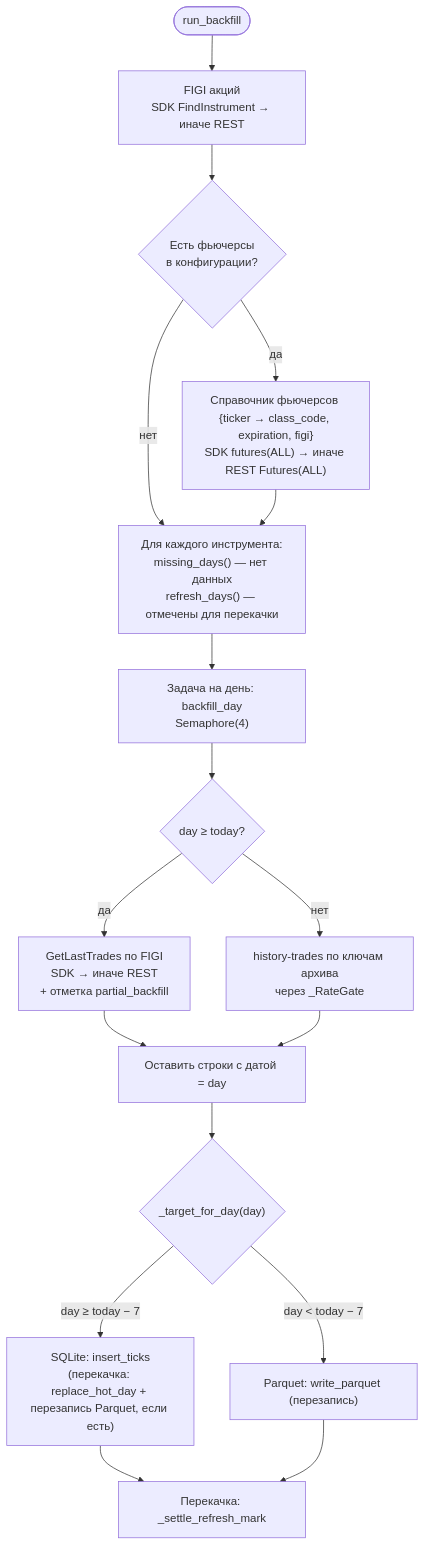
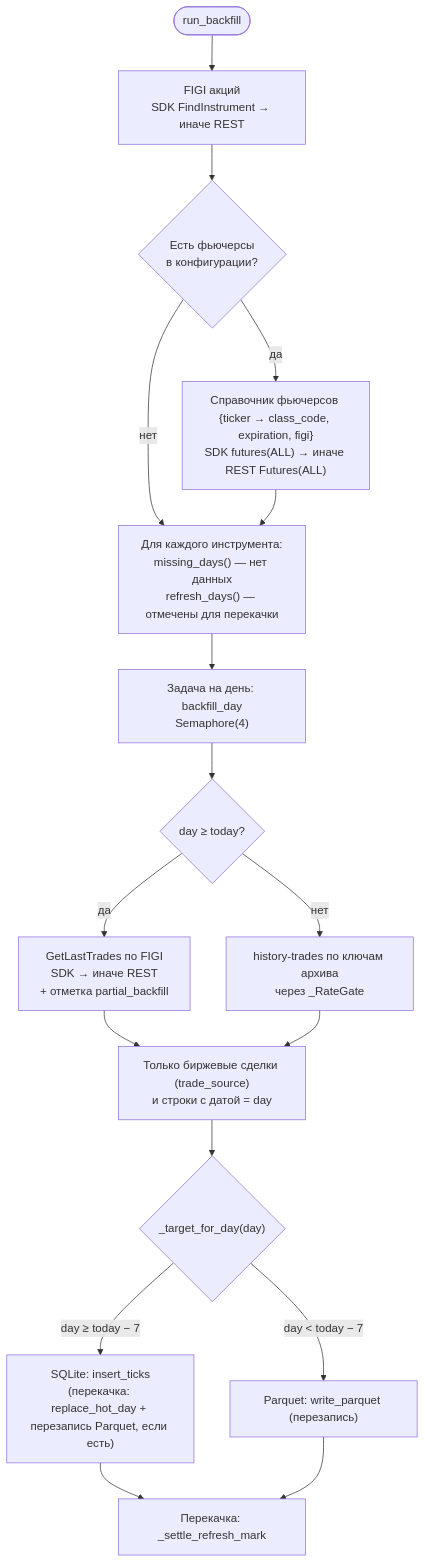
The first of 2 diagrams in docs/06-history-backfill.md (vladilenao/ClusterSource), drawn with Mermaid before and after one commit. The commit also changed other lines of this file and 17 other files, not shown here.

First line of the commit message:
SPEC-0002: в хранилище только биржевые сделки

````diff
--- a/docs/06-history-backfill.md
+++ b/docs/06-history-backfill.md
@@ -11,19 +13,19 @@
 ```mermaid
 flowchart TD
     A([run_backfill]) --> R["FIGI акций<br/>SDK FindInstrument → иначе REST"]
     R --> FU{"Есть фьючерсы<br/>в конфигурации?"}
     FU -->|да| FL["Справочник фьючерсов {ticker → class_code, expiration, figi}<br/>SDK futures(ALL) → иначе REST Futures(ALL)"]
     FU -->|нет| MD
     FL --> MD["Для каждого инструмента:<br/>missing_days() — нет данных<br/>refresh_days() — отмечены для перекачки"]
     MD --> T["Задача на день: backfill_day<br/>Semaphore(4)"]
     T --> D{"day ≥ today?"}
     D -->|да| LT["GetLastTrades по FIGI<br/>SDK → иначе REST<br/>+ отметка partial_backfill"]
     D -->|нет| HT["history-trades по ключам архива<br/>через _RateGate"]
-    LT --> F["Оставить строки с датой = day"]
+    LT --> F["Только биржевые сделки (trade_source)<br/>и строки с датой = day"]
     HT --> F
     F --> P{"_target_for_day(day)"}
     P -->|"day ≥ today − 7"| SQ["SQLite: insert_ticks<br/>(перекачка: replace_hot_day + перезапись Parquet, если есть)"]
     P -->|"day < today − 7"| PQ["Parquet: write_parquet (перезапись)"]
     SQ --> ST["Перекачка: _settle_refresh_mark"]
     PQ --> ST
 ```
````
